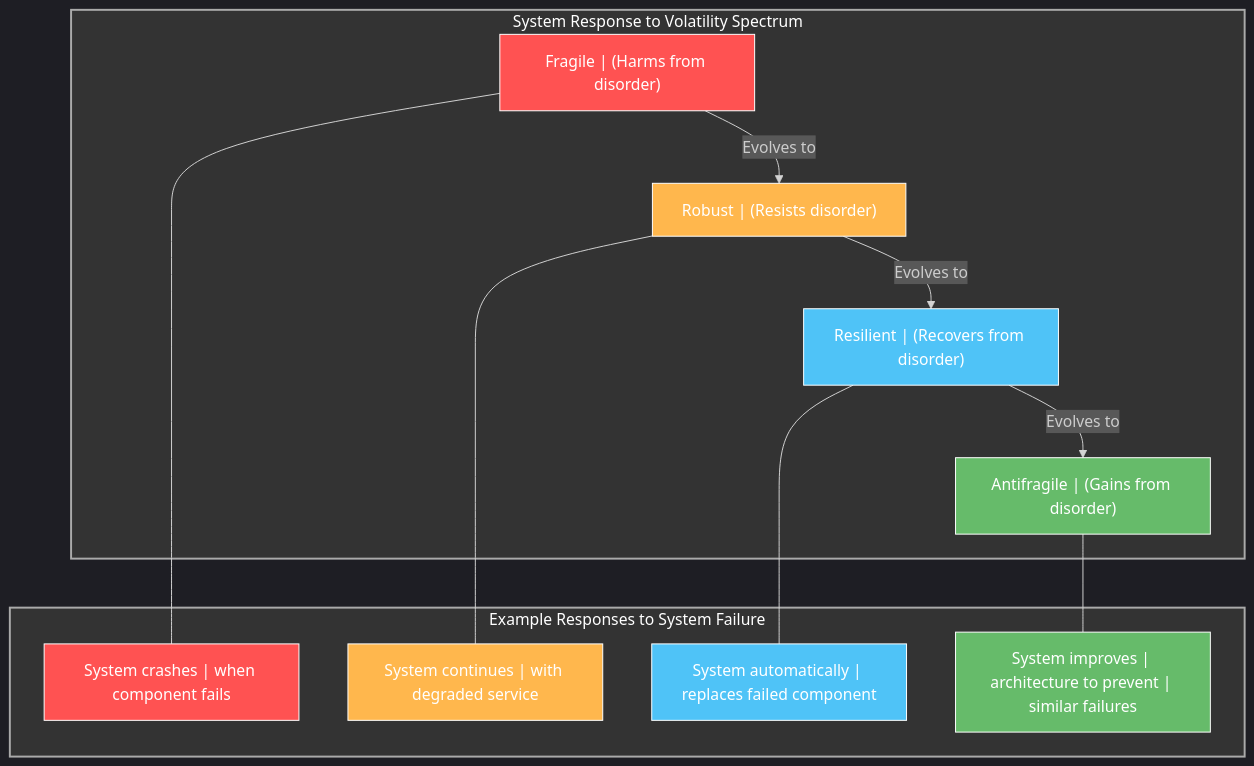
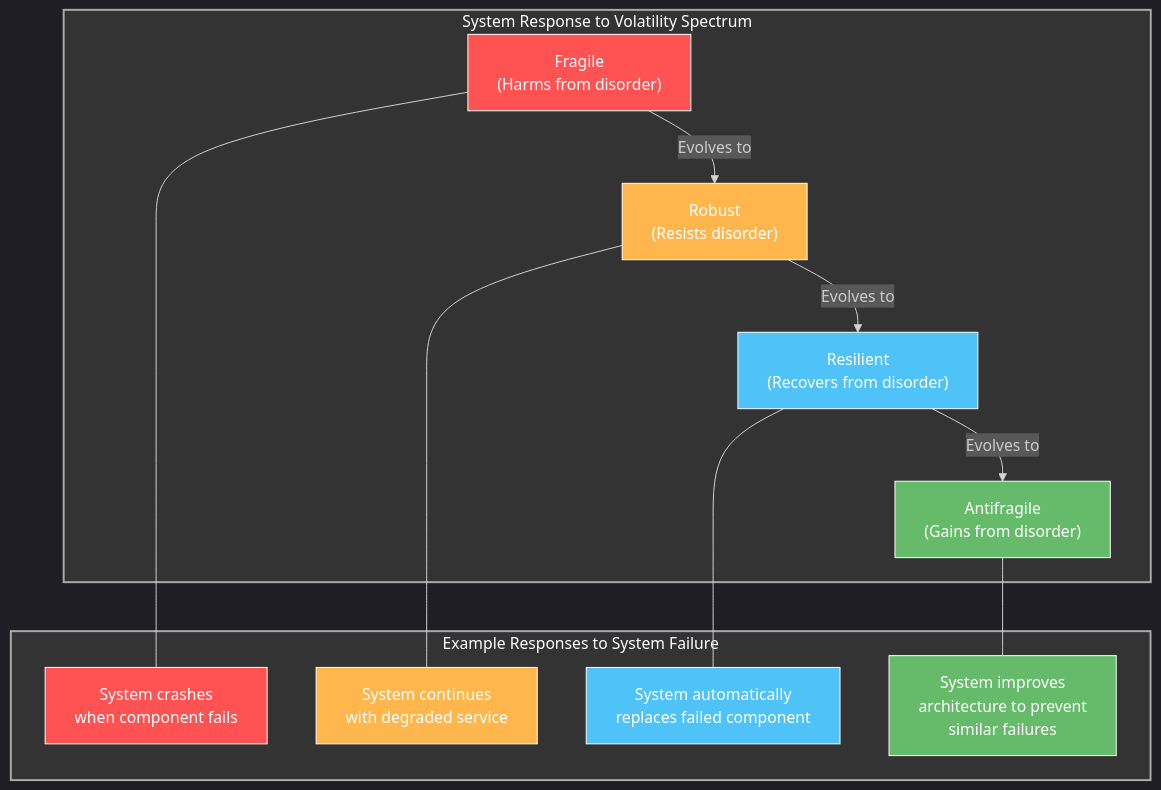
The first of 12 diagrams in 06 Fidelity framework Beyond Resilience.md (houstonhaynes/AD4SDocs), drawn with Mermaid before and after one commit. The commit also changed other lines of this file and 5 other files, not shown here.

Commit message:
fix mermaid part two

````diff
--- a/06 Fidelity framework Beyond Resilience.md
+++ b/06 Fidelity framework Beyond Resilience.md
@@ -9,37 +9,37 @@
 ```mermaid
 %%{init: {'theme': 'dark', 'themeVariables': { 'primaryColor': '#242424', 'primaryTextColor': '#fff', 'primaryBorderColor': '#888', 'lineColor': '#d3d3d3', 'secondaryColor': '#2b2b2b', 'tertiaryColor': '#333' }}}%%
 flowchart TD
     subgraph FragilitySpectrum["System Response to Volatility Spectrum"]
-        Fragile["Fragile | (Harms from disorder)"]
-        Robust["Robust | (Resists disorder)"]
-        Resilient["Resilient | (Recovers from disorder)"]
-        Antifragile["Antifragile | (Gains from disorder)"]
+        Fragile["Fragile<br>(Harms from disorder)"]
+        Robust["Robust<br>(Resists disorder)"]
+        Resilient["Resilient<br>(Recovers from disorder)"]
+        Antifragile["Antifragile<br>(Gains from disorder)"]
     end
 
     Fragile -->|Evolves to| Robust
     Robust -->|Evolves to| Resilient
     Resilient -->|Evolves to| Antifragile
     
     subgraph Example["Example Responses to System Failure"]
-        FE["System crashes | when component fails"]
-        RE["System continues | with degraded service"]
-        RL["System automatically | replaces failed component"]
-        AF["System improves | architecture to prevent | similar failures"]
+        FE["System crashes<br>when component fails"]
+        RE["System continues<br>with degraded service"]
+        RL["System automatically<br>replaces failed component"]
+        AF["System improves<br>architecture to prevent<br>similar failures"]
     end
     
     Fragile --- FE
     Robust --- RE
     Resilient --- RL
     Antifragile --- AF
     
     style FragilitySpectrum fill:#333,stroke:#aaa,stroke-width:2px,color:#fff
     style Example fill:#333,stroke:#aaa,stroke-width:2px,color:#fff
     style Fragile fill:#FF5252,stroke:#fff,stroke-width:1px,color:#fff
     style Robust fill:#FFB74D,stroke:#fff,stroke-width:1px,color:#fff
     style Resilient fill:#4FC3F7,stroke:#fff,stroke-width:1px,color:#fff
     style Antifragile fill:#66BB6A,stroke:#fff,stroke-width:1px,color:#fff
     style FE fill:#FF5252,stroke:#fff,stroke-width:1px,color:#fff
     style RE fill:#FFB74D,stroke:#fff,stroke-width:1px,color:#fff
     style RL fill:#4FC3F7,stroke:#fff,stroke-width:1px,color:#fff
     style AF fill:#66BB6A,stroke:#fff,stroke-width:1px,color:#fff
 ```
````
